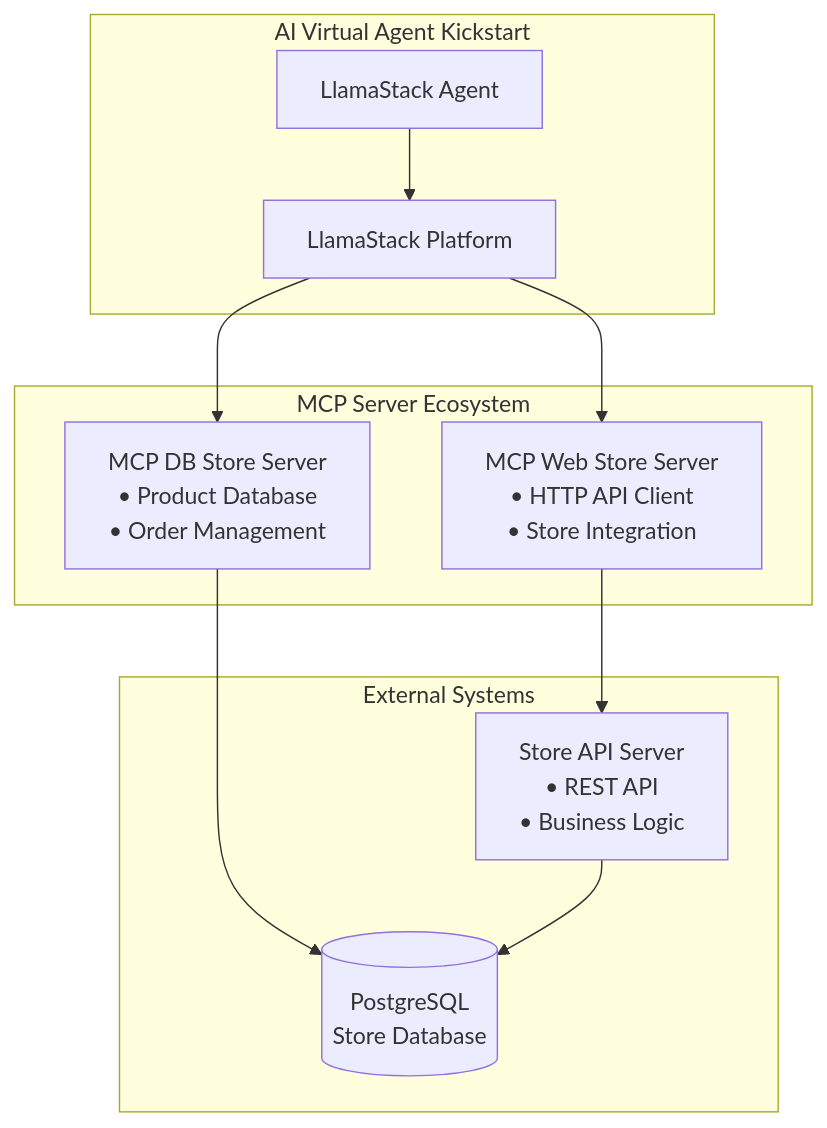
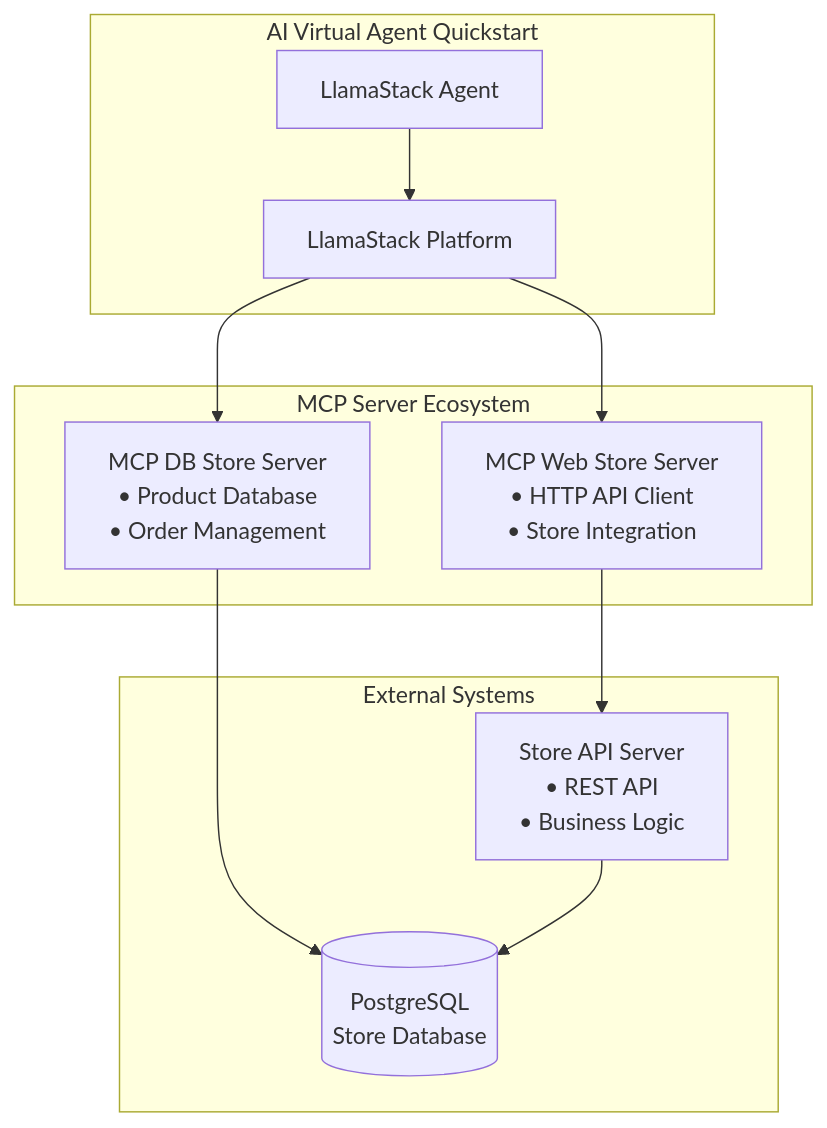
The diagram in mcpservers/README.md (yuvalturg/ai-virtual-agent), drawn with Mermaid before and after one commit. The commit also changed other lines of this file and 22 other files, not shown here.

Commit message:
Rename rh-ai-kickstart to rh-ai-quickstart

````diff
--- a/mcpservers/README.md
+++ b/mcpservers/README.md
@@ -11,24 +11,24 @@
 ```mermaid
 graph TD
-    subgraph "AI Virtual Agent Kickstart"
+    subgraph "AI Virtual Agent Quickstart"
         AGENT[LlamaStack Agent]
         LLAMA[LlamaStack Platform]
     end
 
     subgraph "MCP Server Ecosystem"
         MCPDB[MCP DB Store Server<br/>• Product Database<br/>• Order Management]
         MCPWEB[MCP Web Store Server<br/>• HTTP API Client<br/>• Store Integration]
     end
 
     subgraph "External Systems"
         STORE[Store API Server<br/>• REST API<br/>• Business Logic]
         DB[(PostgreSQL<br/>Store Database)]
     end
 
     AGENT --> LLAMA
     LLAMA --> MCPDB
     LLAMA --> MCPWEB
     MCPDB --> DB
     MCPWEB --> STORE
     STORE --> DB
 ```
````
